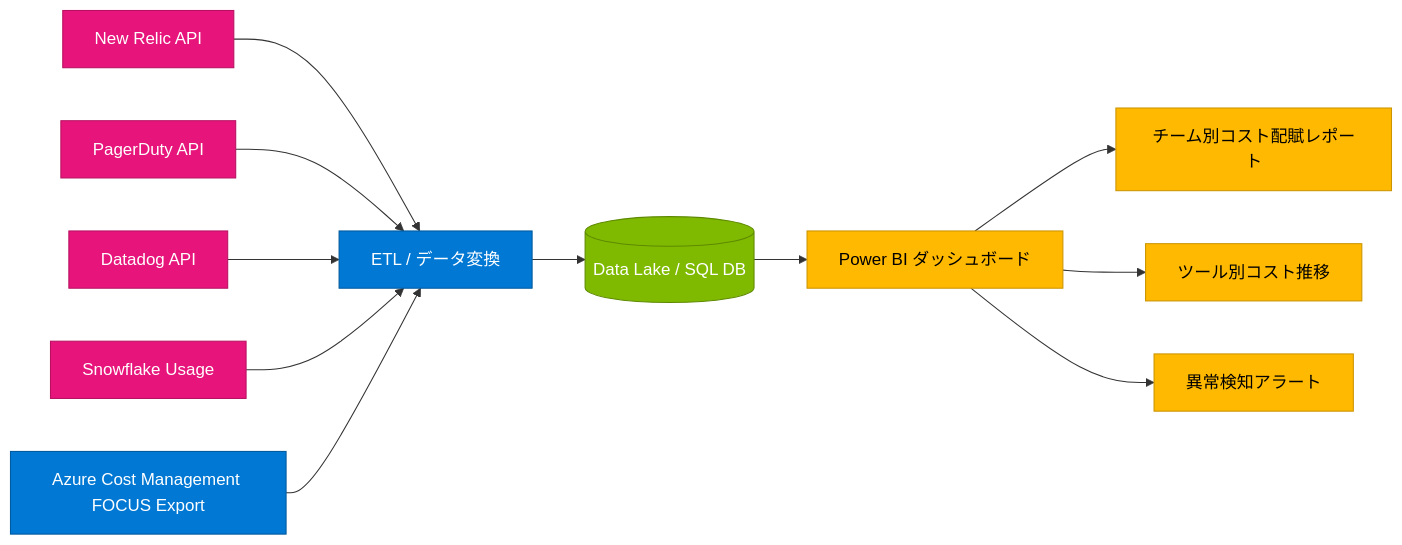
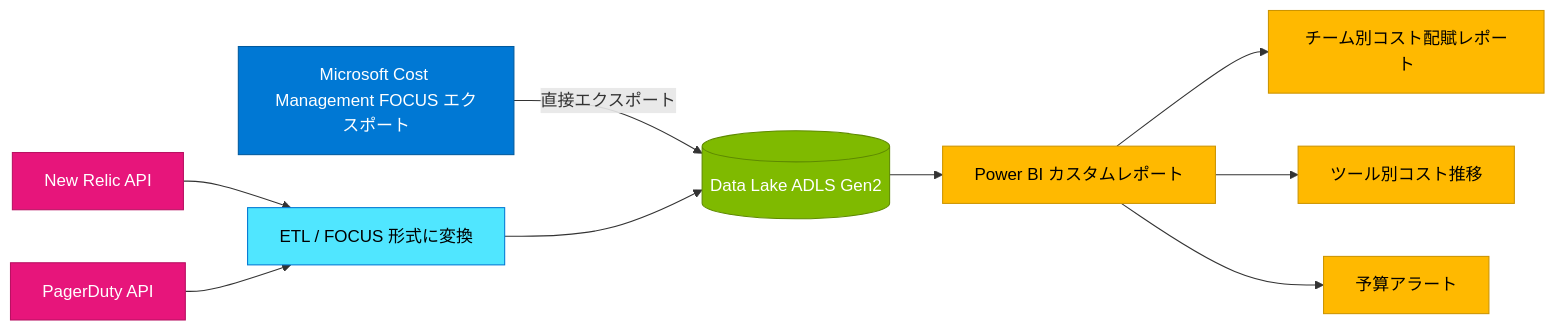
One commit to TakumiSeo/Tech-BLOG changed the seventh of 8 diagrams in content/posts/ja-jp/finops-saas-management.md. Above: the diagram before and after it, drawn with Mermaid. The commit also changed other lines of this file and 9 other files, not shown here.

````diff
--- a/content/posts/ja-jp/finops-saas-management.md
+++ b/content/posts/ja-jp/finops-saas-management.md
@@ -396,20 +424,19 @@
 ```mermaid
 graph LR
     classDef saas fill:#E7157B,stroke:#B81162,color:#fff
     classDef azure fill:#0078D4,stroke:#005A9E,color:#fff
     classDef store fill:#7FBA00,stroke:#5E8A00,color:#fff
+    classDef etl fill:#50E6FF,stroke:#0078D4,color:#000
     classDef viz fill:#FFB900,stroke:#CC9400,color:#000
 
-    NR[New Relic API]:::saas --> ETL[ETL / データ変換]:::azure
+    CM[Microsoft Cost Management FOCUS エクスポート]:::azure -->|直接エクスポート| DL[(Data Lake ADLS Gen2)]:::store
+
+    NR[New Relic API]:::saas --> ETL[ETL / FOCUS 形式に変換]:::etl
     PD[PagerDuty API]:::saas --> ETL
-    DD[Datadog API]:::saas --> ETL
-    SF[Snowflake Usage]:::saas --> ETL
-    CM[Azure Cost Management FOCUS Export]:::azure --> ETL
+    ETL --> DL
 
-    ETL --> DL[(Data Lake / SQL DB)]:::store
-    DL --> PBI[Power BI ダッシュボード]:::viz
-
+    DL --> PBI[Power BI カスタムレポート]:::viz
     PBI --> R1[チーム別コスト配賦レポート]:::viz
     PBI --> R2[ツール別コスト推移]:::viz
-    PBI --> R3[異常検知アラート]:::viz
+    PBI --> R3[予算アラート]:::viz
 ```
````
